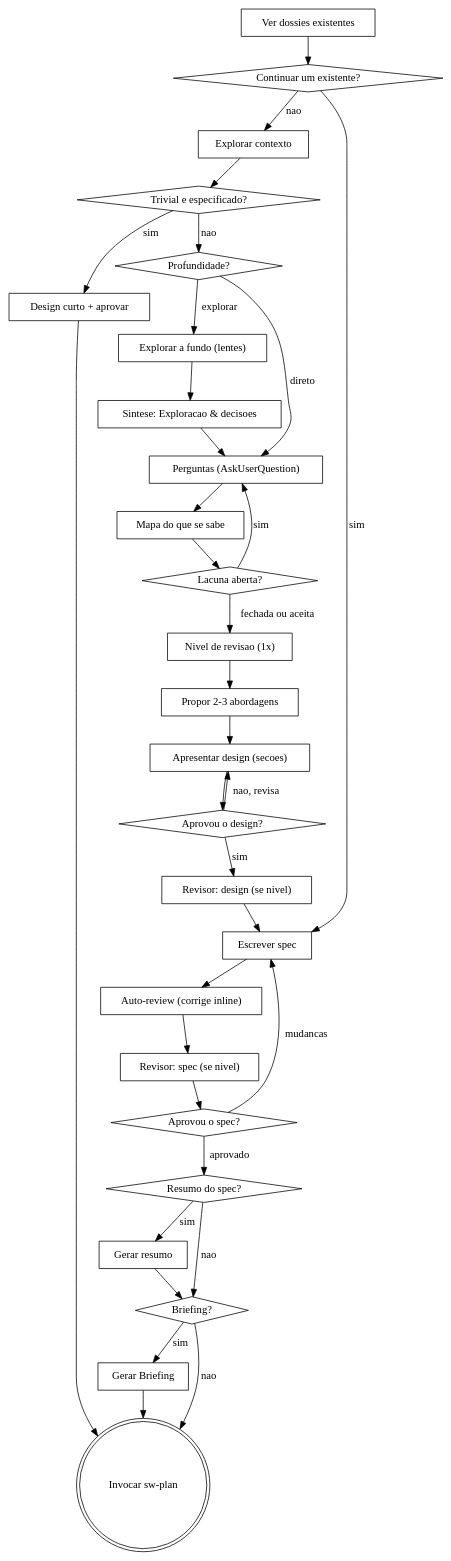
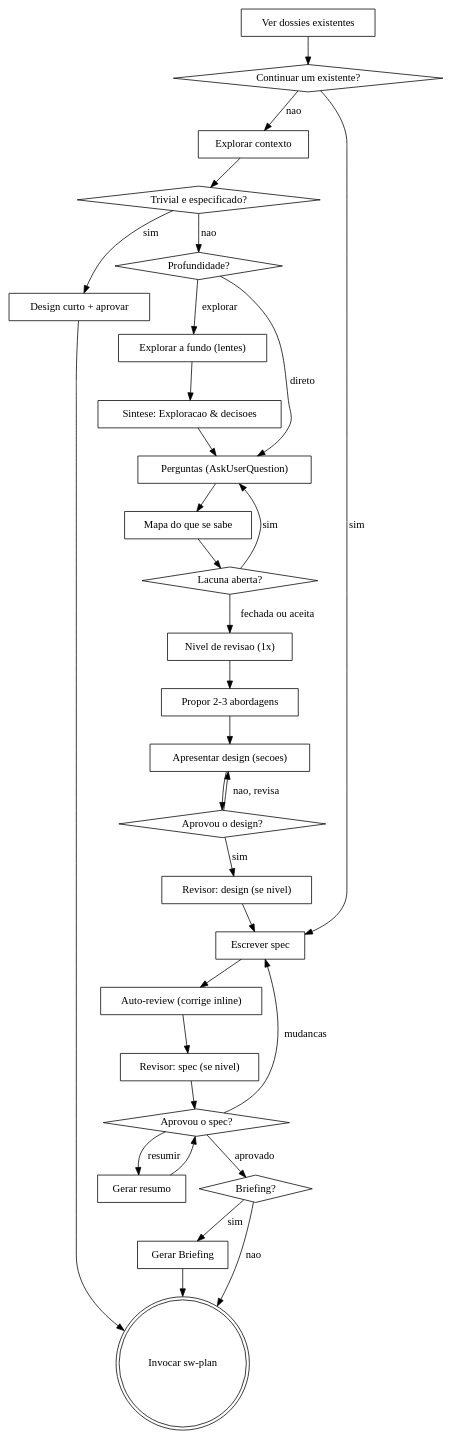
One commit to systemweb-dev/ai-marketplace changed the diagram in plugins/sw-brainstorming/skills/sw-brainstorming/SKILL.md. Above: the diagram before and after it, drawn with Graphviz. The commit also changed other lines of this file and 2 other files, not shown here.

First line of the commit message:
fix(sw-brainstorming): resumo do spec detalhado e antes da aprovação (v0.8.3)

````diff
--- a/plugins/sw-brainstorming/skills/sw-brainstorming/SKILL.md
+++ b/plugins/sw-brainstorming/skills/sw-brainstorming/SKILL.md
@@ -99,62 +99,60 @@
 ```dot
 digraph brainstorming {
     "Ver dossies existentes" [shape=box];
     "Explorar contexto" [shape=box];
     "Continuar um existente?" [shape=diamond];
     "Trivial e especificado?" [shape=diamond];
     "Design curto + aprovar" [shape=box];
     "Profundidade?" [shape=diamond];
     "Explorar a fundo (lentes)" [shape=box];
     "Sintese: Exploracao & decisoes" [shape=box];
     "Perguntas (AskUserQuestion)" [shape=box];
     "Mapa do que se sabe" [shape=box];
     "Lacuna aberta?" [shape=diamond];
     "Nivel de revisao (1x)" [shape=box];
     "Revisor: design (se nivel)" [shape=box];
     "Revisor: spec (se nivel)" [shape=box];
     "Propor 2-3 abordagens" [shape=box];
     "Apresentar design (secoes)" [shape=box];
     "Aprovou o design?" [shape=diamond];
     "Escrever spec" [shape=box];
     "Auto-review (corrige inline)" [shape=box];
     "Aprovou o spec?" [shape=diamond];
-    "Resumo do spec?" [shape=diamond];
     "Gerar resumo" [shape=box];
     "Briefing?" [shape=diamond];
     "Gerar Briefing" [shape=box];
     "Invocar sw-plan" [shape=doublecircle];
 
     "Ver dossies existentes" -> "Continuar um existente?";
     "Continuar um existente?" -> "Escrever spec" [label="sim"];
     "Continuar um existente?" -> "Explorar contexto" [label="nao"];
     "Explorar contexto" -> "Trivial e especificado?";
     "Trivial e especificado?" -> "Design curto + aprovar" [label="sim"];
     "Trivial e especificado?" -> "Profundidade?" [label="nao"];
     "Design curto + aprovar" -> "Invocar sw-plan";
     "Profundidade?" -> "Perguntas (AskUserQuestion)" [label="direto"];
     "Profundidade?" -> "Explorar a fundo (lentes)" [label="explorar"];
     "Explorar a fundo (lentes)" -> "Sintese: Exploracao & decisoes";
     "Sintese: Exploracao & decisoes" -> "Perguntas (AskUserQuestion)";
     "Perguntas (AskUserQuestion)" -> "Mapa do que se sabe";
     "Mapa do que se sabe" -> "Lacuna aberta?";
     "Lacuna aberta?" -> "Perguntas (AskUserQuestion)" [label="sim"];
     "Lacuna aberta?" -> "Nivel de revisao (1x)" [label="fechada ou aceita"];
     "Nivel de revisao (1x)" -> "Propor 2-3 abordagens";
     "Propor 2-3 abordagens" -> "Apresentar design (secoes)";
     "Apresentar design (secoes)" -> "Aprovou o design?";
     "Aprovou o design?" -> "Apresentar design (secoes)" [label="nao, revisa"];
     "Aprovou o design?" -> "Revisor: design (se nivel)" [label="sim"];
     "Revisor: design (se nivel)" -> "Escrever spec";
     "Escrever spec" -> "Auto-review (corrige inline)";
     "Auto-review (corrige inline)" -> "Revisor: spec (se nivel)";
     "Revisor: spec (se nivel)" -> "Aprovou o spec?";
     "Aprovou o spec?" -> "Escrever spec" [label="mudancas"];
-    "Aprovou o spec?" -> "Resumo do spec?" [label="aprovado"];
-    "Resumo do spec?" -> "Gerar resumo" [label="sim"];
-    "Resumo do spec?" -> "Briefing?" [label="nao"];
-    "Gerar resumo" -> "Briefing?";
+    "Aprovou o spec?" -> "Gerar resumo" [label="resumir"];
+    "Gerar resumo" -> "Aprovou o spec?";
+    "Aprovou o spec?" -> "Briefing?" [label="aprovado"];
     "Briefing?" -> "Gerar Briefing" [label="sim"];
     "Briefing?" -> "Invocar sw-plan" [label="nao"];
     "Gerar Briefing" -> "Invocar sw-plan";
 }
 ```
````
